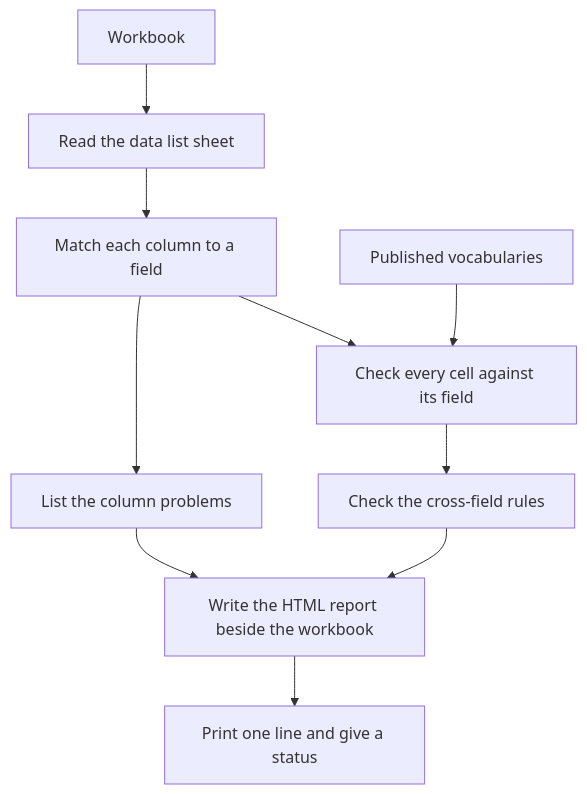
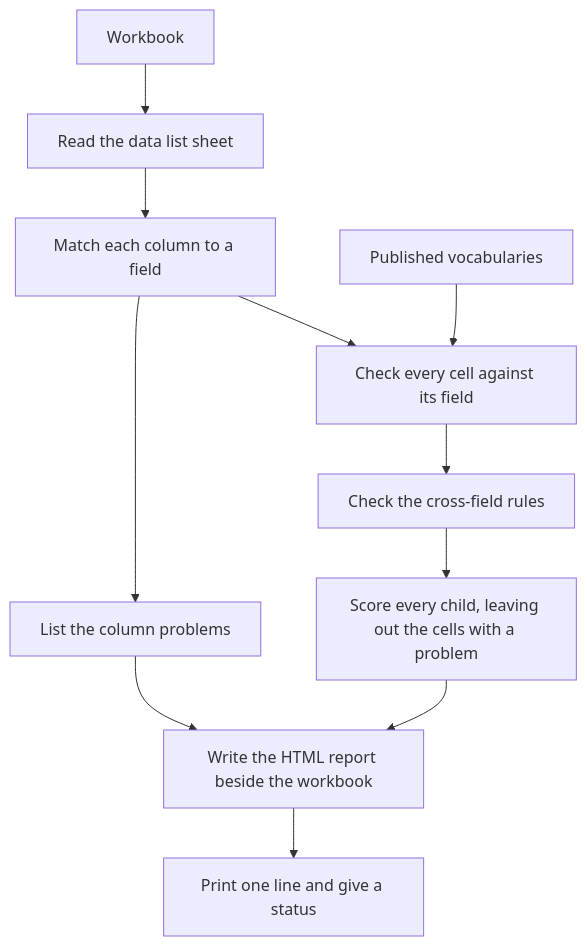
Before and after one commit to ihfc-iugg/ghfdb: the diagram in docs/user-guide/check.md, drawn with Mermaid. The commit also changed other lines of this file and 83 other files, not shown here.

First line of the commit message:
FS-005: Preview quality scores for each child (#47)

````diff
--- a/docs/user-guide/check.md
+++ b/docs/user-guide/check.md
@@ -41,12 +42,13 @@
 ```{mermaid}
 flowchart TD
     workbook["Workbook"] --> read["Read the data list sheet"]
     read --> columns["Match each column to a field"]
     columns --> cells["Check every cell against its field"]
     vocabularies["Published vocabularies"] --> cells
     cells --> rules["Check the cross-field rules"]
     columns --> layout["List the column problems"]
-    rules --> report["Write the HTML report beside the workbook"]
+    rules --> scores["Score every child, leaving out the cells with a problem"]
+    scores --> report["Write the HTML report beside the workbook"]
     layout --> report
     report --> status["Print one line and give a status"]
 ```
````
